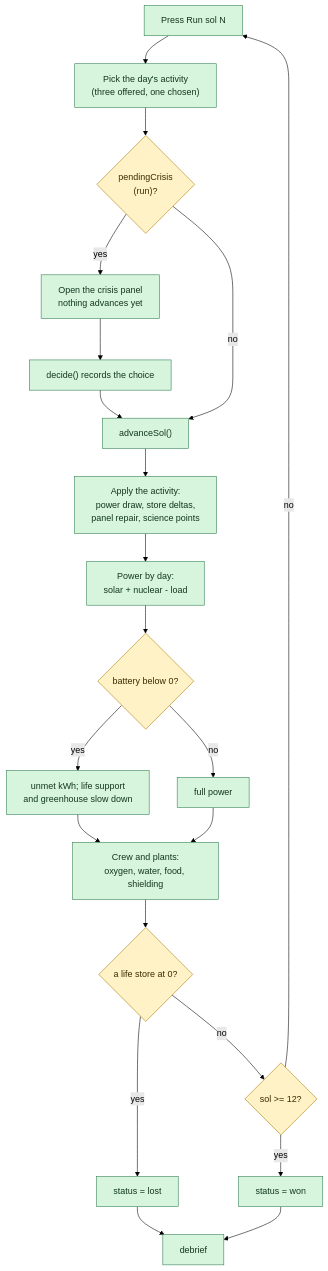
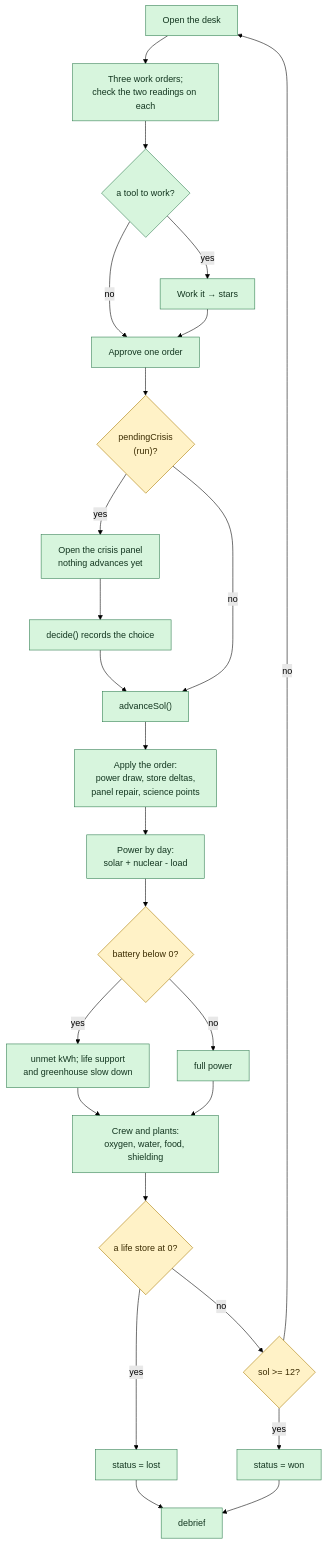
The second of 4 diagrams in docs/game-flow.md (Theteamakrasia/Mars-Horizon-Junior-Astronaut-Mission-Trainer), drawn with Mermaid (forest theme) before and after one commit. The commit also changed other lines of this file and 1 other file, not shown here.

First line of the commit message:
docs(architecture): the file tree, the contracts and the day

````diff
--- a/docs/game-flow.md
+++ b/docs/game-flow.md
@@ -107,28 +116,32 @@
 ```mermaid
 flowchart TD
-    A["Press Run sol N"] --> P["Pick the day's activity<br/>(three offered, one chosen)"]
-    P --> B{"pendingCrisis<br/>(run)?"}
+    A["Open the desk"] --> P["Three work orders;<br/>check the two readings on each"]
+    P --> W{"a tool to work?"}
+    W -->|"yes"| W2["Work it → stars"]
+    W -->|"no"| Q
+    W2 --> Q["Approve one order"]
+    Q --> B{"pendingCrisis<br/>(run)?"}
     B -->|"yes"| C["Open the crisis panel<br/>nothing advances yet"]
     C --> D["decide() records the choice"]
     D --> E["advanceSol()"]
     B -->|"no"| E
-    E --> E2["Apply the activity:<br/>power draw, store deltas,<br/>panel repair, science points"]
+    E --> E2["Apply the order:<br/>power draw, store deltas,<br/>panel repair, science points"]
     E2 --> F["Power by day:<br/>solar + nuclear - load"]
     F --> G{"battery below 0?"}
     G -->|"yes"| H["unmet kWh; life support<br/>and greenhouse slow down"]
     G -->|"no"| I["full power"]
     H --> J["Crew and plants:<br/>oxygen, water, food, shielding"]
     I --> J
     J --> K{"a life store at 0?"}
     K -->|"yes"| L["status = lost"]
     K -->|"no"| M{"sol >= 12?"}
     M -->|"yes"| N["status = won"]
     M -->|"no"| A
     L --> O["debrief"]
     N --> O
 
     classDef impl fill:#d7f5dd,stroke:#2f7d4f,color:#12351f
     classDef gate fill:#fff2c7,stroke:#a97a00,color:#3a2b00
-    class A,P,C,D,E,E2,F,H,I,J,L,N,O impl
+    class A,P,W,W2,Q,C,D,E,E2,F,H,I,J,L,N,O impl
     class B,G,K,M gate
 ```
````
